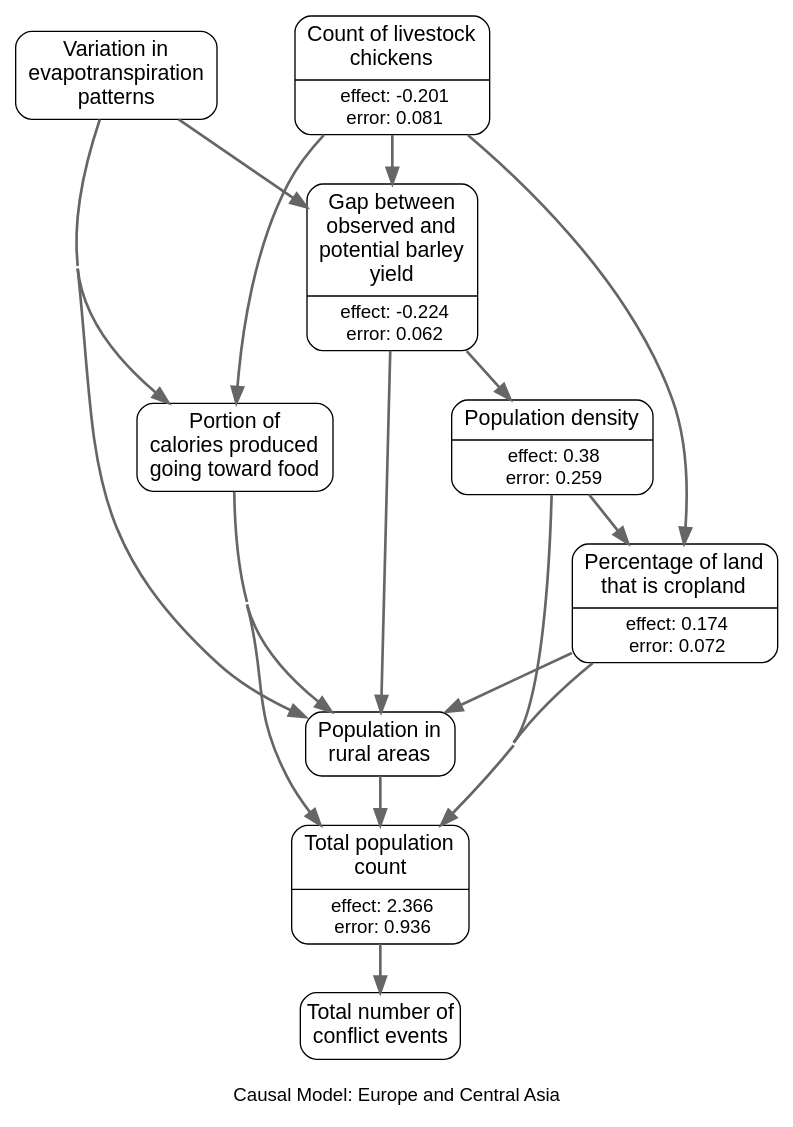
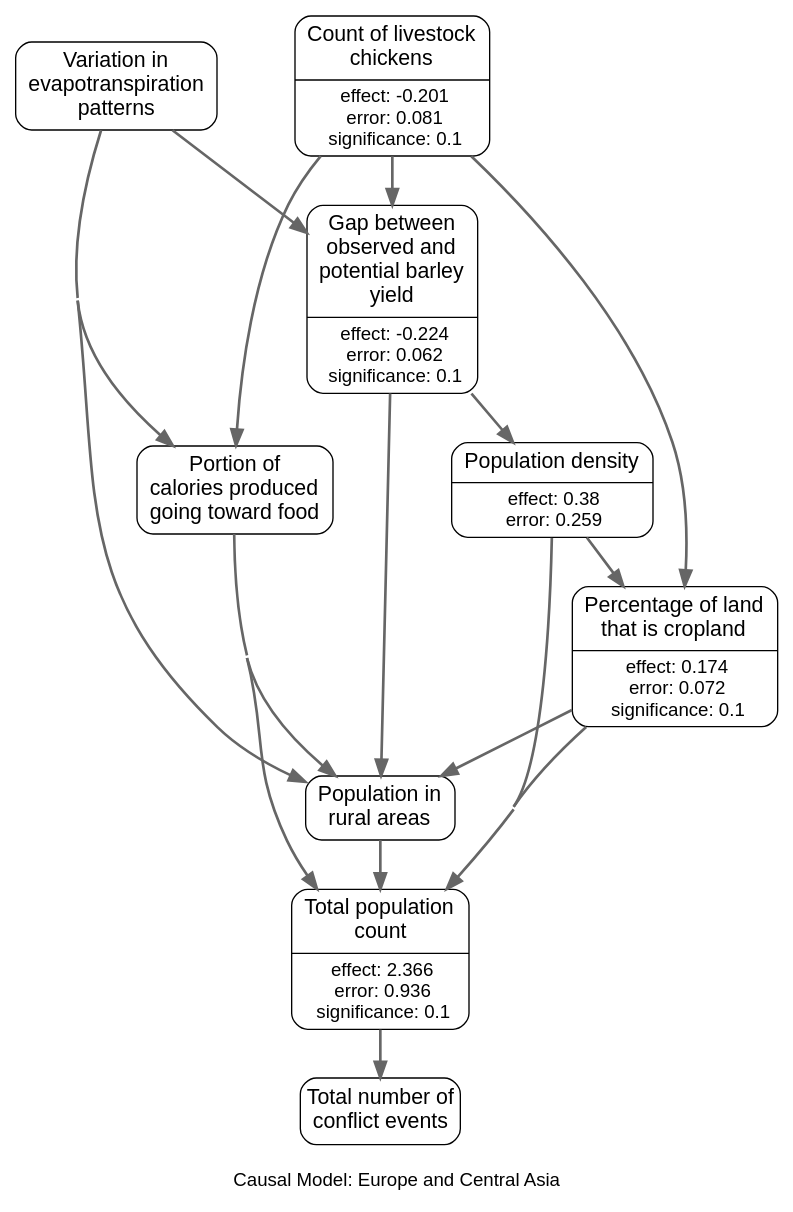
One commit to wri/wri-wpsi changed the diagram in app/javascript/images/regions/causal_graphs/europe_and_central_asia.gv. Above: the diagram before and after it, drawn with Graphviz. The commit also changed 2 other files, not shown here.

```diff
--- a/app/javascript/images/regions/causal_graphs/europe_and_central_asia.gv
+++ b/app/javascript/images/regions/causal_graphs/europe_and_central_asia.gv
@@ -1,74 +1,78 @@
 # generated file for region: europe_and_central_asia by CausalModelRegionGenerator
 strict digraph causalModel {
 fontname="Helvetica, Arial, sans-serif";
 label="
 Causal Model: Europe and Central Asia";
 labelloc = b;
 nodesep = 0.4;
 concentrate = true;
 node[shape = Mrecord, fontname = "Helvetica, Arial, sans-serif", margin = "0.10,0.06", penwidth = 1.0];
 edge[arrowsize = 1.2 penwidth = 2 color="#666666"];
 
 # nodes
 et_anom_m_STD_m [label = <<table align="center" border="0" cellspacing="1" cellpadding="1">
 <tr><td><font point-size="16">Variation in<br/>evapotranspiration<br/>patterns<br/></font></td></tr>
 </table>
 >, class = rankA];
 chicken_number_s [label = <{<table align="center" border="0" cellspacing="1" cellpadding="1">
 <tr><td><font point-size="16">Count of livestock<br/>chickens<br/></font></td></tr>
 </table>
 |<table border="0" cellspacing="1" cellpadding="0.5"><tr><td><font point-size="14">effect: -0.201</font></td></tr>
-<tr><td><font point-size="14">error: 0.081</font></td></tr></table>}>, class = rankA];
+<tr><td><font point-size="14">error: 0.081</font></td></tr>
+<tr><td><font point-size="14">significance: 0.1</font></td></tr></table>}>, class = rankA];
 yield_gap_barley_s [label = <{<table align="center" border="0" cellspacing="1" cellpadding="1">
 <tr><td><font point-size="16">Gap between<br/>observed and<br/>potential barley<br/>yield<br/></font></td></tr>
 </table>
 |<table border="0" cellspacing="1" cellpadding="0.5"><tr><td><font point-size="14">effect: -0.224</font></td></tr>
-<tr><td><font point-size="14">error: 0.062</font></td></tr></table>}>, class = rankB];
+<tr><td><font point-size="14">error: 0.062</font></td></tr>
+<tr><td><font point-size="14">significance: 0.1</font></td></tr></table>}>, class = rankB];
 rurpop_s [label = <<table align="center" border="0" cellspacing="1" cellpadding="1">
 <tr><td><font point-size="16">Population in<br/>rural areas<br/></font></td></tr>
 </table>
 >, class = rankB];
 Cropland2000_mean_percent_s [label = <{<table align="center" border="0" cellspacing="1" cellpadding="1">
 <tr><td><font point-size="16">Percentage of land<br/>that is cropland<br/></font></td></tr>
 </table>
 |<table border="0" cellspacing="1" cellpadding="0.5"><tr><td><font point-size="14">effect: 0.174</font></td></tr>
-<tr><td><font point-size="14">error: 0.072</font></td></tr></table>}>, class = rankB];
+<tr><td><font point-size="14">error: 0.072</font></td></tr>
+<tr><td><font point-size="14">significance: 0.1</font></td></tr></table>}>, class = rankB];
 loccount_y [label = <{<table align="center" border="0" cellspacing="1" cellpadding="1">
 <tr><td><font point-size="16">Total population<br/>count<br/></font></td></tr>
 </table>
 |<table border="0" cellspacing="1" cellpadding="0.5"><tr><td><font point-size="14">effect: 2.366</font></td></tr>
-<tr><td><font point-size="14">error: 0.936</font></td></tr></table>}>, class = rankB];
+<tr><td><font point-size="14">error: 0.936</font></td></tr>
+<tr><td><font point-size="14">significance: 0.1</font></td></tr></table>}>, class = rankB];
 locdensity_y [label = <{<table align="center" border="0" cellspacing="1" cellpadding="1">
 <tr><td><font point-size="16">Population density</font></td></tr>
 </table>
 |<table border="0" cellspacing="1" cellpadding="0.5"><tr><td><font point-size="14">effect: 0.38</font></td></tr>
 <tr><td><font point-size="14">error: 0.259</font></td></tr></table>}>, class = rankB];
 DeliveredkcalFraction_s [label = <<table align="center" border="0" cellspacing="1" cellpadding="1">
 <tr><td><font point-size="16">Portion of<br/>calories produced<br/>going toward food<br/></font></td></tr>
 </table>
 >, class = rankB];
 acl_sum_evnt_m [label = "Total number of
 conflict events" class = rankC shape=box style=rounded fontsize="16pt" margin = "0.05,0.10"];
 
 #ranks
 {rank=same; et_anom_m_STD_m chicken_number_s; }
 
 # links
 et_anom_m_STD_m -> yield_gap_barley_s ;
 et_anom_m_STD_m -> rurpop_s ;
 et_anom_m_STD_m -> DeliveredkcalFraction_s ;
 chicken_number_s -> yield_gap_barley_s ;
 chicken_number_s -> Cropland2000_mean_percent_s ;
 chicken_number_s -> DeliveredkcalFraction_s ;
 yield_gap_barley_s -> rurpop_s ;
 yield_gap_barley_s -> locdensity_y ;
 rurpop_s -> loccount_y ;
 Cropland2000_mean_percent_s -> rurpop_s ;
 Cropland2000_mean_percent_s -> loccount_y ;
 loccount_y -> acl_sum_evnt_m ;
 locdensity_y -> Cropland2000_mean_percent_s ;
 locdensity_y -> loccount_y ;
 DeliveredkcalFraction_s -> rurpop_s ;
 DeliveredkcalFraction_s -> loccount_y ;
 
 }
```
